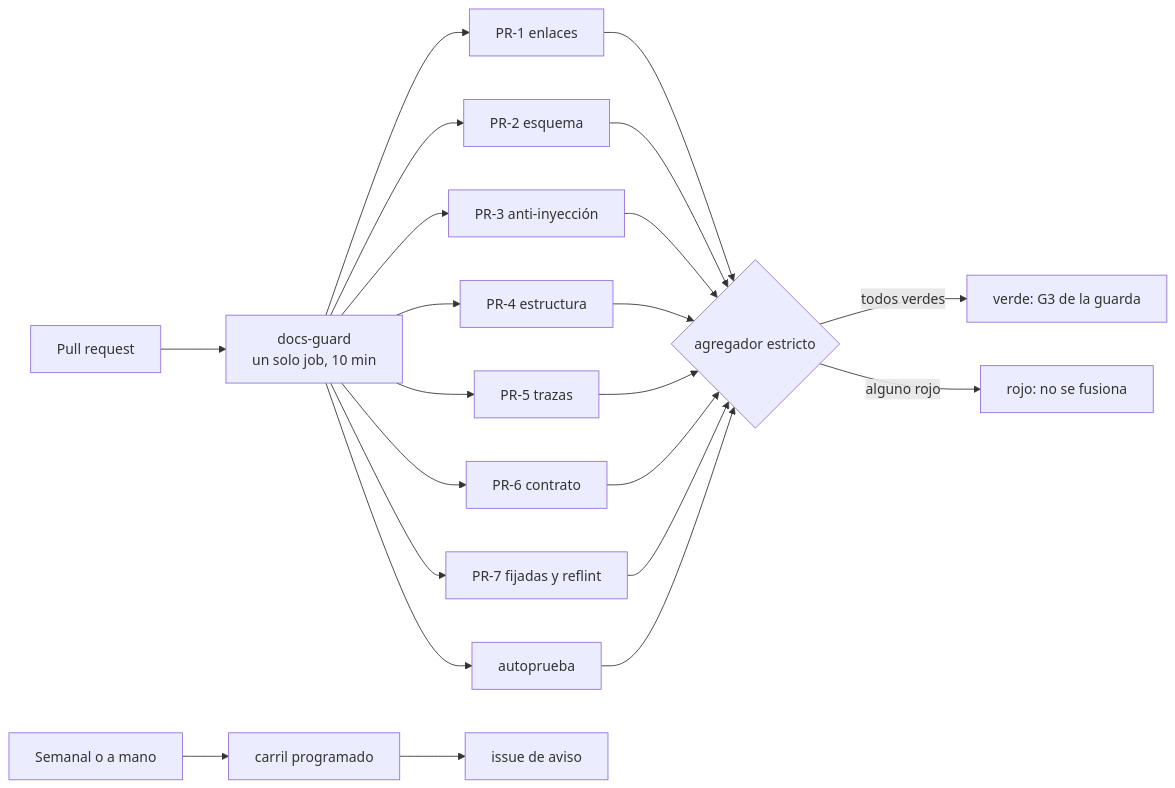
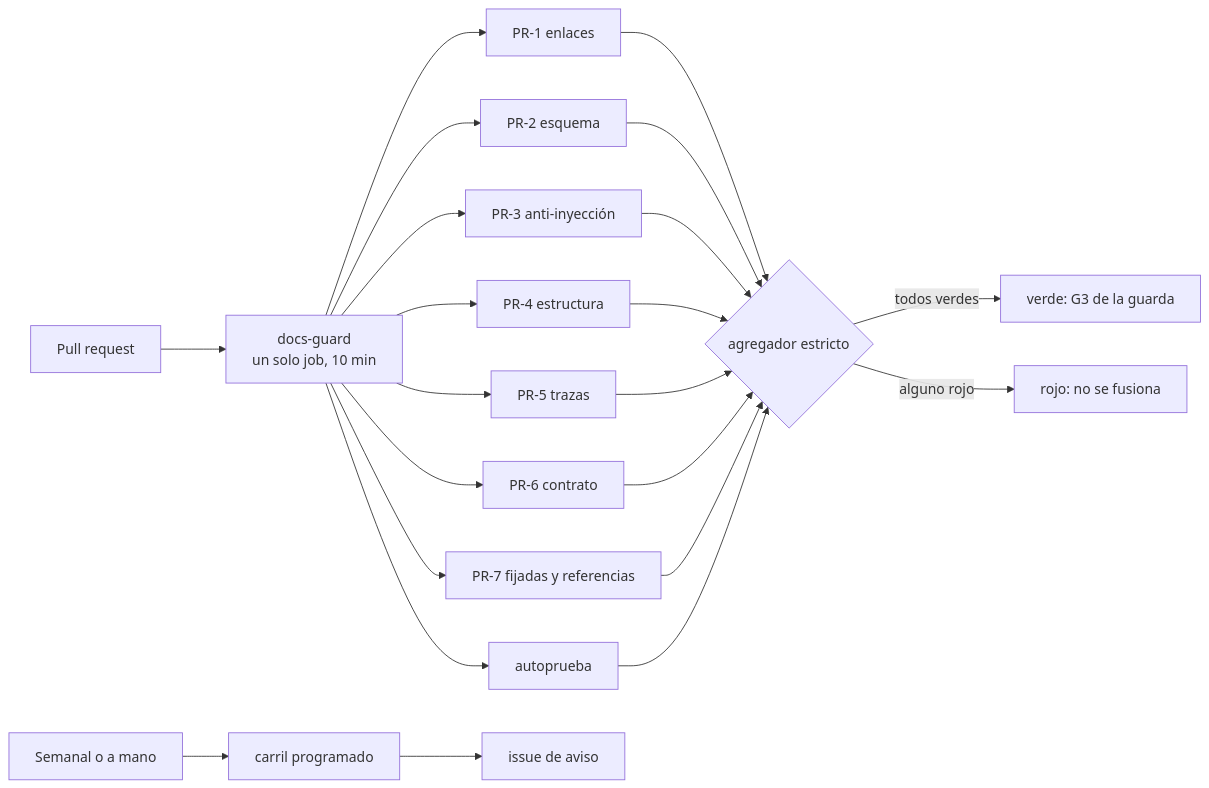
The first of 2 diagrams in Guides/Documentacion-Tecnica/Sistema-De-Documentacion-E-Integracion/TEM-06-Compuertas-Y-CI.md (hdcm-dev/Lab-Documentos), drawn with Mermaid before and after one commit. The commit also changed other lines of this file and 23 other files, not shown here.

````diff
--- a/Guides/Documentacion-Tecnica/Sistema-De-Documentacion-E-Integracion/TEM-06-Compuertas-Y-CI.md
+++ b/Guides/Documentacion-Tecnica/Sistema-De-Documentacion-E-Integracion/TEM-06-Compuertas-Y-CI.md
@@ -68,11 +69,11 @@
 ```mermaid
 flowchart LR
   PR["Pull request"] --> J["docs-guard<br/>un solo job, 10 min"]
   J --> P1["PR-1 enlaces"] & P2["PR-2 esquema"] & P3["PR-3 anti-inyección"] & P4["PR-4 estructura"]
-  J --> P5["PR-5 trazas"] & P6["PR-6 contrato"] & P7["PR-7 fijadas y reflint"] & AU["autoprueba"]
+  J --> P5["PR-5 trazas"] & P6["PR-6 contrato"] & P7["PR-7 fijadas y referencias"] & AU["autoprueba"]
   P1 & P2 & P3 & P4 & P5 & P6 & P7 & AU --> AG{"agregador estricto"}
   AG -->|"todos verdes"| V["verde: G3 de la guarda"]
   AG -->|"alguno rojo"| R["rojo: no se fusiona"]
   CR["Semanal o a mano"] --> S["carril programado"]
   S --> IS["issue de aviso"]
 ```
````
